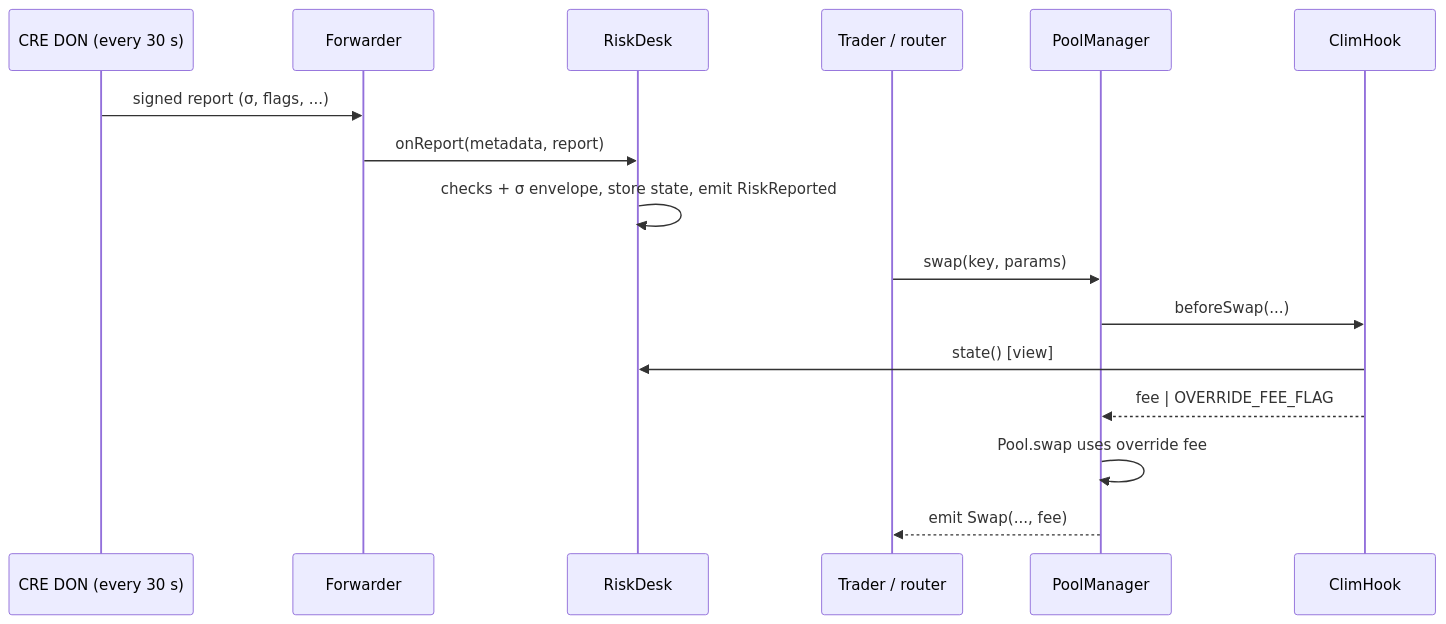
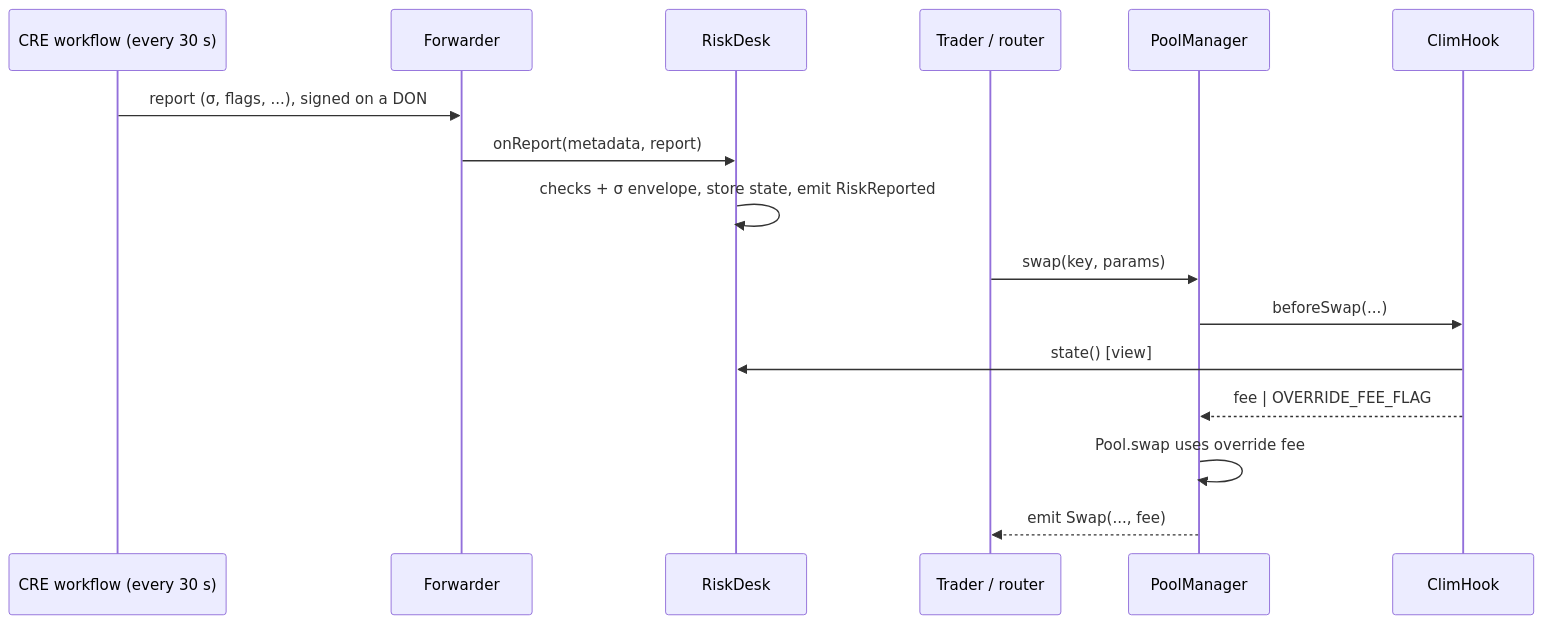
Before and after one commit to DVB-ANS/clim: the second of 2 diagrams in docs/superpowers/specs/2026-10-06-clim-design.md, drawn with Mermaid. The commit also changed other lines of this file and 2 other files, not shown here.

First line of the commit message:
docs: the dashboard lives in app/, DON claims qualified, spec figures and friction evidence corrected

````diff
--- a/docs/superpowers/specs/2026-10-06-clim-design.md
+++ b/docs/superpowers/specs/2026-10-06-clim-design.md
@@ -533,18 +537,18 @@
 ```mermaid
 sequenceDiagram
-  participant DON as CRE DON (every 30 s)
+  participant DON as CRE workflow (every 30 s)
   participant FWD as Forwarder
   participant RD as RiskDesk
   participant T as Trader / router
   participant PM as PoolManager
   participant H as ClimHook
-  DON->>FWD: signed report (σ, flags, ...)
+  DON->>FWD: report (σ, flags, ...), signed on a DON
   FWD->>RD: onReport(metadata, report)
   RD->>RD: checks + σ envelope, store state, emit RiskReported
   T->>PM: swap(key, params)
   PM->>H: beforeSwap(...)
   H->>RD: state() [view]
   H-->>PM: fee | OVERRIDE_FEE_FLAG
   PM->>PM: Pool.swap uses override fee
   PM-->>T: emit Swap(..., fee)
 ```
````
